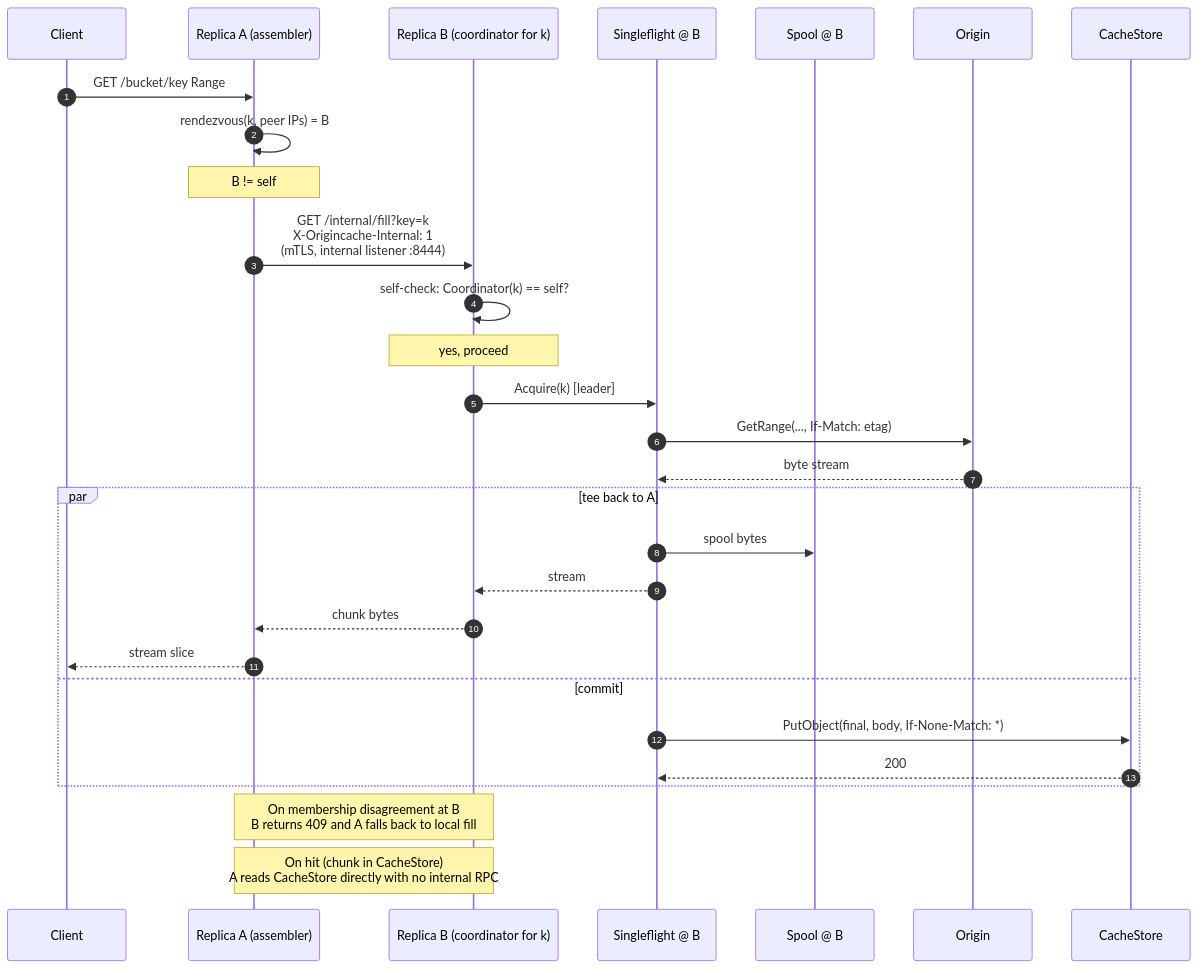
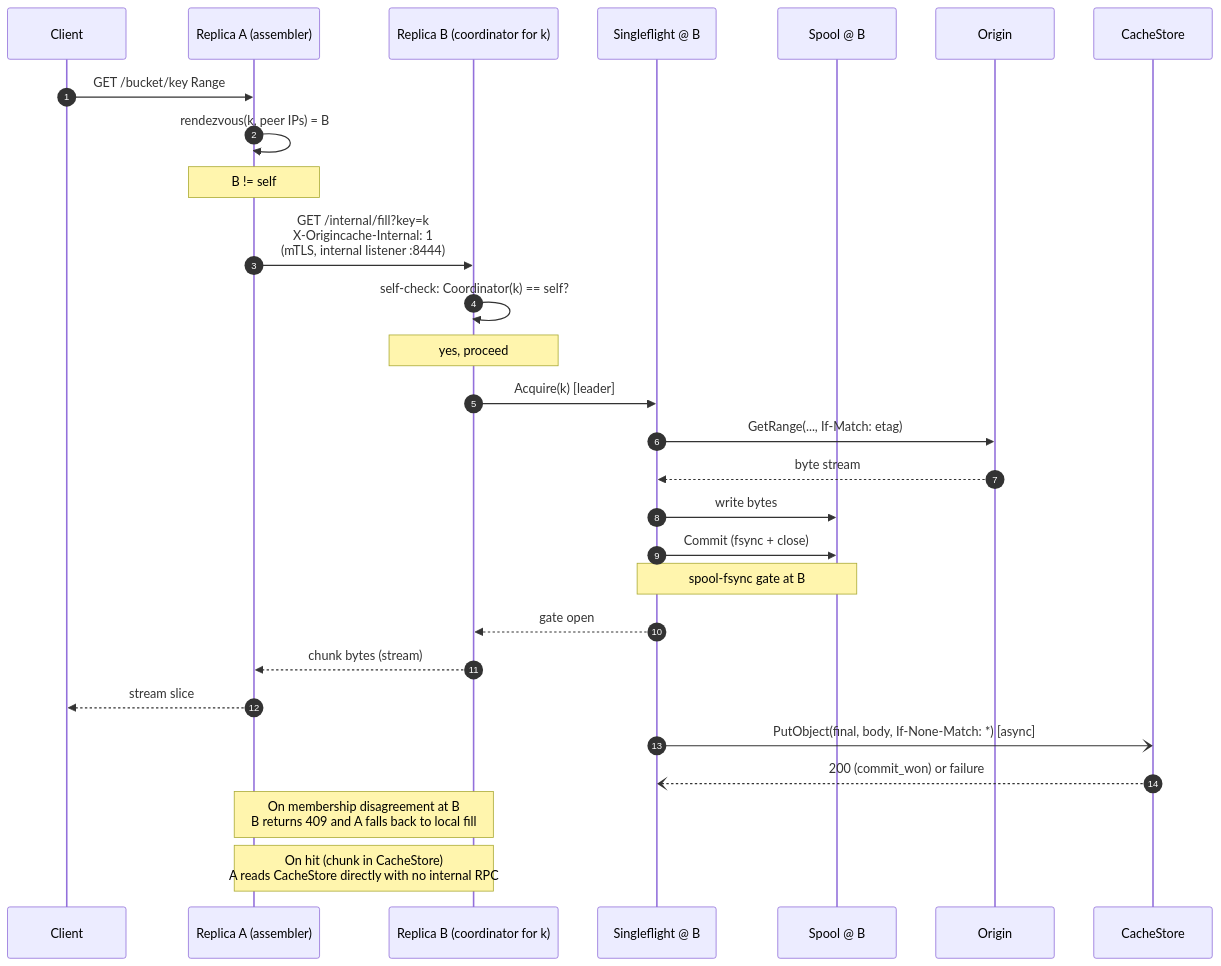
Before and after one commit to Azure/unbounded: the sixth of 11 diagrams in designdocs/origincache/design.md, drawn with Mermaid. The commit also changed other lines of this file, not shown here.

````diff
--- a/designdocs/origincache/design.md
+++ b/designdocs/origincache/design.md
@@ -480,31 +632,30 @@
 ```mermaid
 sequenceDiagram
     autonumber
     participant C as Client
     participant A as Replica A (assembler)
     participant B as Replica B (coordinator for k)
     participant SF as Singleflight @ B
     participant Sp as Spool @ B
     participant O as Origin
     participant CS as CacheStore
     C->>A: GET /bucket/key Range
     A->>A: rendezvous(k, peer IPs) = B
     Note over A: B != self
     A->>B: GET /internal/fill?key=k<br/>X-Origincache-Internal: 1<br/>(mTLS, internal listener :8444)
     B->>B: self-check: Coordinator(k) == self?
     Note over B: yes, proceed
     B->>SF: Acquire(k) [leader]
     SF->>O: GetRange(..., If-Match: etag)
     O-->>SF: byte stream
-    par tee back to A
-        SF->>Sp: spool bytes
-        SF-->>B: stream
-        B-->>A: chunk bytes
-        A-->>C: stream slice
-    and commit
-        SF->>CS: PutObject(final, body, If-None-Match: *)
-        CS-->>SF: 200
-    end
+    SF->>Sp: write bytes
+    SF->>Sp: Commit (fsync + close)
+    Note over SF,Sp: spool-fsync gate at B
+    SF-->>B: gate open
+    B-->>A: chunk bytes (stream)
+    A-->>C: stream slice
+    SF-)CS: PutObject(final, body, If-None-Match: *) [async]
+    CS--)SF: 200 (commit_won) or failure
     Note over A,B: On membership disagreement at B<br/>B returns 409 and A falls back to local fill
     Note over A,B: On hit (chunk in CacheStore)<br/>A reads CacheStore directly with no internal RPC
 ```
````
